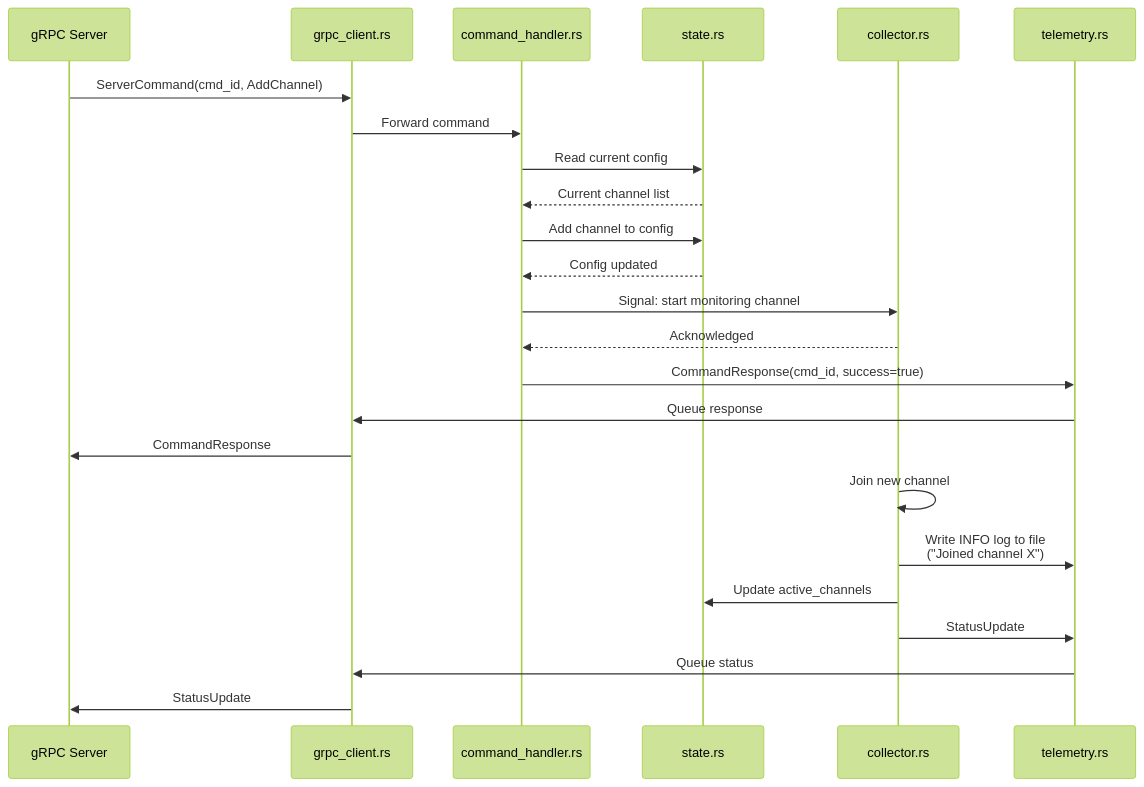
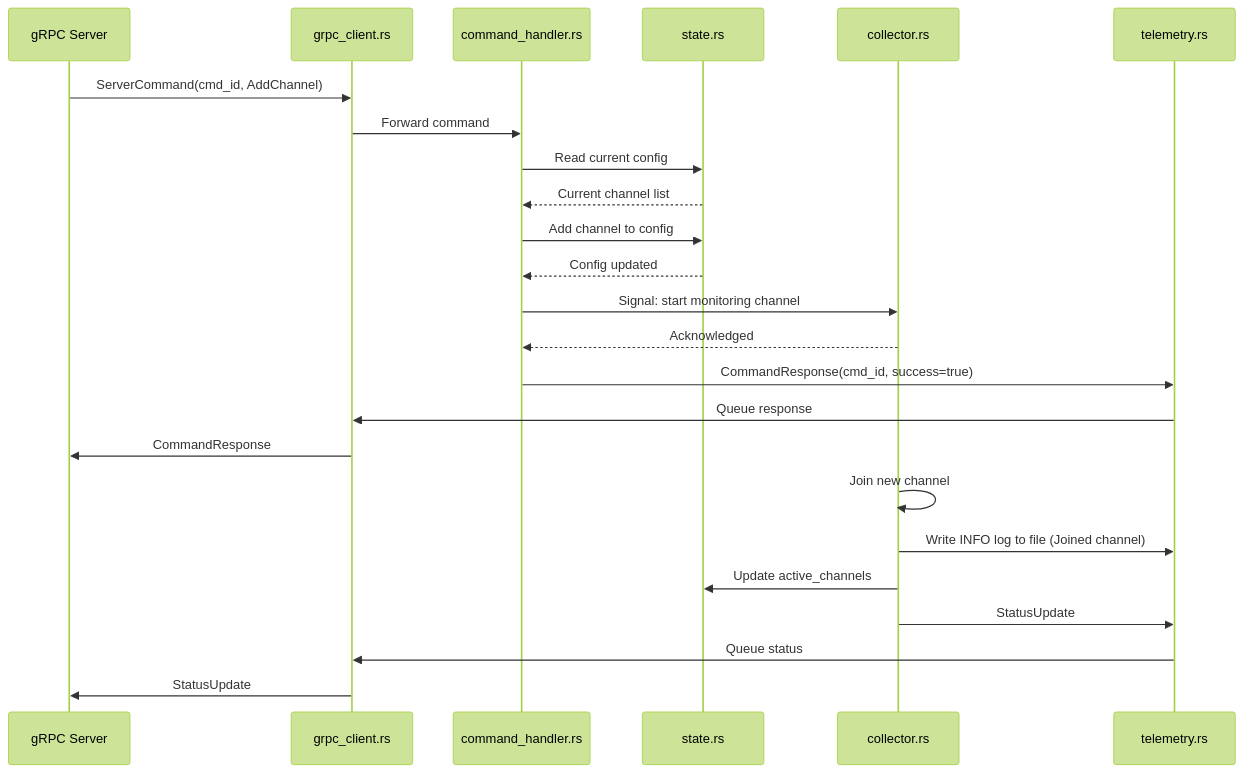
Before and after one commit to muminoff/tg-agent-experiment: the sixth of 8 diagrams in GRPC_DESIGN.md, drawn with Mermaid (forest theme). The commit also changed other lines of this file, not shown here.

First line of the commit message:
Fix all Mermaid diagram syntax for GitHub compatibility

````diff
--- a/GRPC_DESIGN.md
+++ b/GRPC_DESIGN.md
@@ -834,33 +834,33 @@
 ```mermaid
 sequenceDiagram
     participant Server as gRPC Server
     participant GrpcClient as grpc_client.rs
     participant CmdHandler as command_handler.rs
     participant State as state.rs
     participant Collector as collector.rs
     participant Telemetry as telemetry.rs
 
     Server->>GrpcClient: ServerCommand(cmd_id, AddChannel)
     GrpcClient->>CmdHandler: Forward command
 
     CmdHandler->>State: Read current config
     State-->>CmdHandler: Current channel list
 
     CmdHandler->>State: Add channel to config
     State-->>CmdHandler: Config updated
 
     CmdHandler->>Collector: Signal: start monitoring channel
     Collector-->>CmdHandler: Acknowledged
 
     CmdHandler->>Telemetry: CommandResponse(cmd_id, success=true)
     Telemetry->>GrpcClient: Queue response
     GrpcClient->>Server: CommandResponse
 
     Collector->>Collector: Join new channel
-    Collector->>Telemetry: Write INFO log to file<br/>("Joined channel X")
+    Collector->>Telemetry: Write INFO log to file (Joined channel)
 
     Collector->>State: Update active_channels
     Collector->>Telemetry: StatusUpdate
     Telemetry->>GrpcClient: Queue status
     GrpcClient->>Server: StatusUpdate
 ```
````
